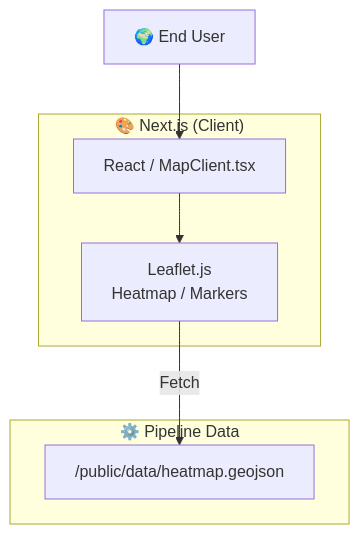
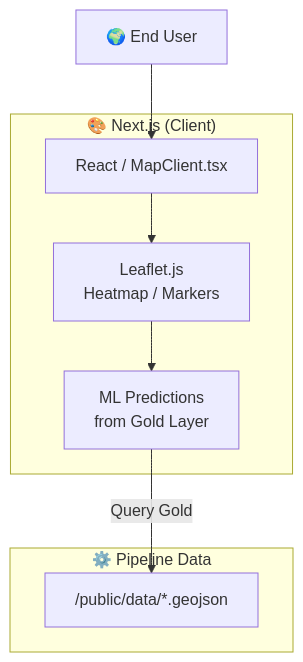
Before and after one commit to matiasmagni/geo-ai-medallion-architecture-pipeline: the sixth of 7 diagrams in README.md, drawn with Mermaid. The commit also changed other lines of this file, not shown here.

First line of the commit message:
Update README with all 8 data sources, 5 ML models, 102 tests, troubleshooting

````diff
--- a/README.md
+++ b/README.md
@@ -268,16 +309,18 @@
 ```mermaid
 flowchart TD
     User["🌍 End User"]
     subgraph Frontend["🎨 Next.js (Client)"]
         UI["React / MapClient.tsx"]
         L["Leaflet.js<br/>Heatmap / Markers"]
+        M["ML Predictions<br/>from Gold Layer"]
     end
     
     subgraph Backend["⚙️ Pipeline Data"]
-        API["/public/data/heatmap.geojson"]
+        API["/public/data/*.geojson"]
     end
     
     User --> UI
     UI --> L
-    L -- "Fetch" --> API
+    L --> M
+    M -- "Query Gold" --> API
 ```
````
